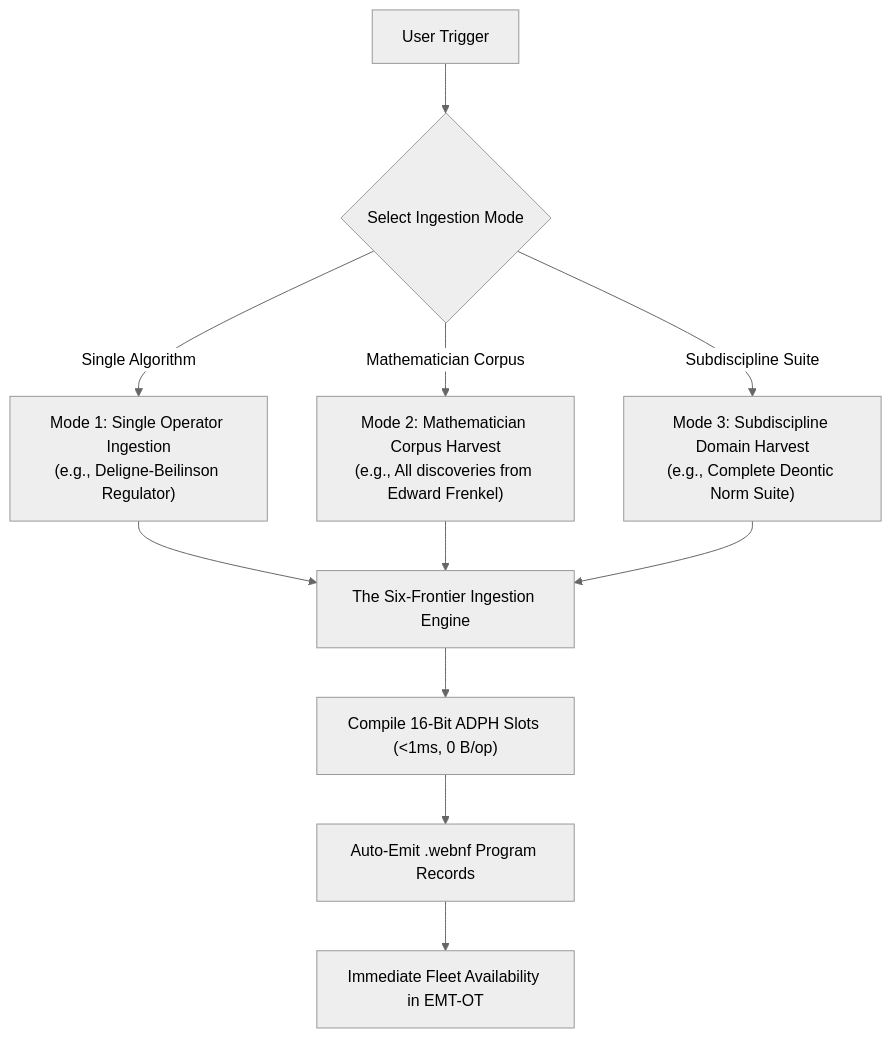
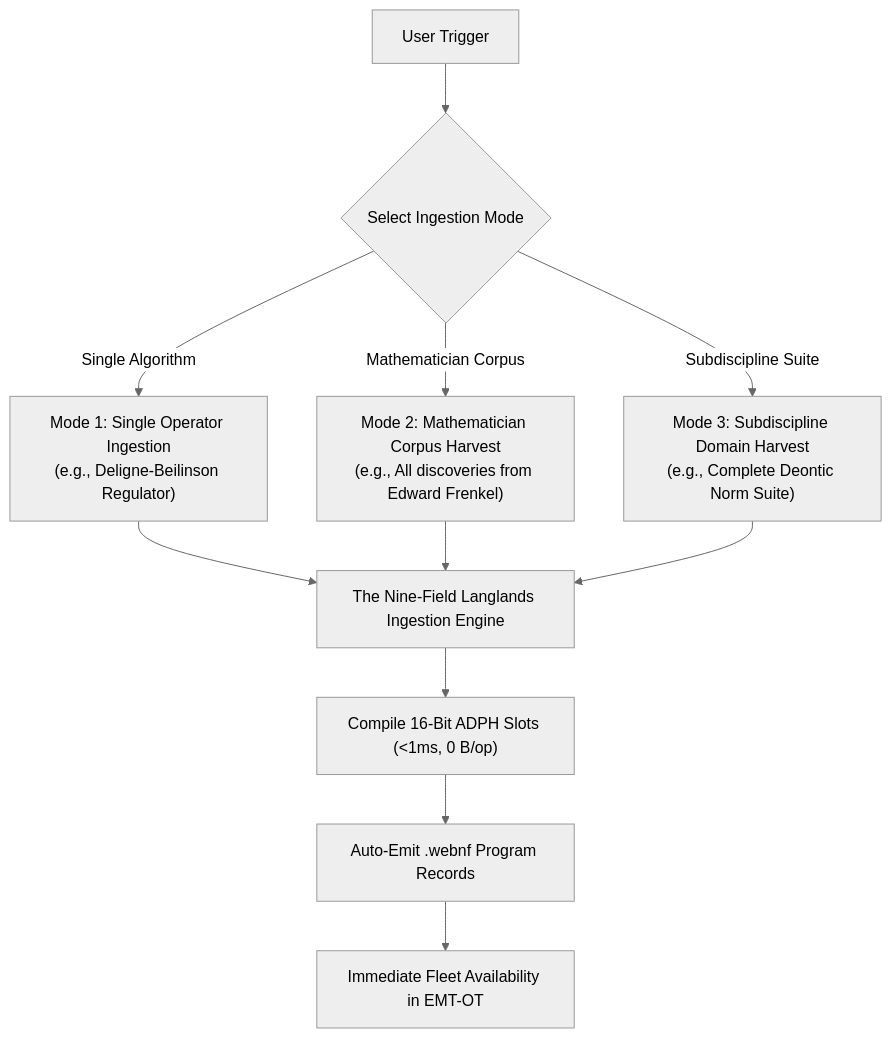
One commit to VelociKey/aCogSpaceSeed changed the diagram in .agents/skills/ingest-math/SKILL.md. Above: the diagram before and after it, drawn with Mermaid (neutral theme). The commit also changed other lines of this file and 114 other files, not shown here.

````diff
--- a/.agents/skills/ingest-math/SKILL.md
+++ b/.agents/skills/ingest-math/SKILL.md
@@ -26,16 +26,16 @@
 ```mermaid
 graph TD
     TRIGGER["User Trigger"] --> CHOICE{Select Ingestion Mode}
     
     CHOICE -->|Single Algorithm| M1["Mode 1: Single Operator Ingestion\n(e.g., Deligne-Beilinson Regulator)"]
     CHOICE -->|Mathematician Corpus| M2["Mode 2: Mathematician Corpus Harvest\n(e.g., All discoveries from Edward Frenkel)"]
     CHOICE -->|Subdiscipline Suite| M3["Mode 3: Subdiscipline Domain Harvest\n(e.g., Complete Deontic Norm Suite)"]
 
-    M1 --> PIPELINE["The Six-Frontier Ingestion Engine"]
+    M1 --> PIPELINE["The Nine-Field Langlands Ingestion Engine"]
     M2 --> PIPELINE
     M3 --> PIPELINE
 
     PIPELINE --> ADPH["Compile 16-Bit ADPH Slots (<1ms, 0 B/op)"]
     ADPH --> WEBNF["Auto-Emit .webnf Program Records"]
     WEBNF --> EMTOT["Immediate Fleet Availability in EMT-OT"]
 ```
````
